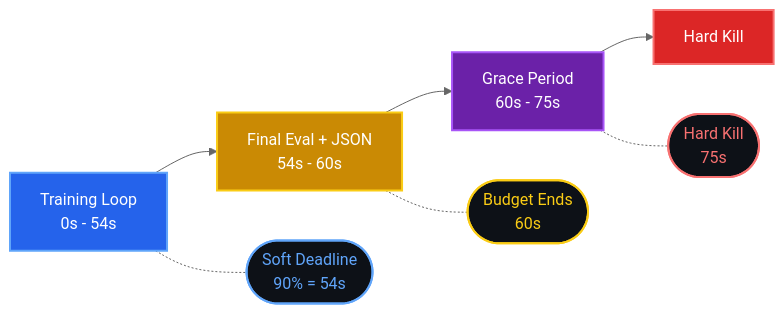
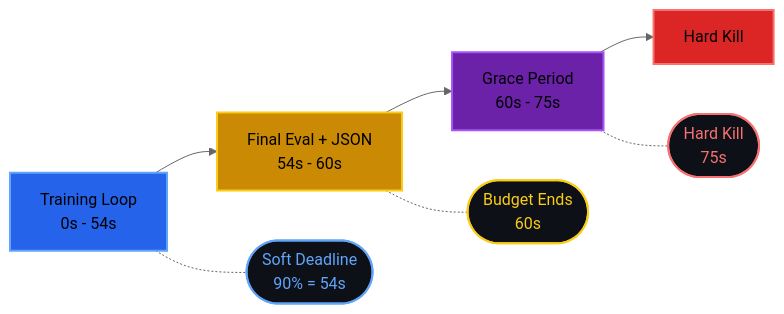
One commit to xeeva/XeeNet changed the first of 2 diagrams in docs/training-pipeline.md. Above: the diagram before and after it, drawn with Mermaid (neutral theme). The commit also changed other lines of this file and 4 other files, not shown here.

First line of the commit message:
Force black text in Mermaid nodes via theme config and inline styles

```diff
--- a/docs/training-pipeline.md
+++ b/docs/training-pipeline.md
@@ -169,22 +169,22 @@
   <div class="mermaid">
   flowchart LR
     T1["Training Loop<br/>0s - 54s"] --> T2["Final Eval + JSON<br/>54s - 60s"]
     T2 --> T3["Grace Period<br/>60s - 75s"]
     T3 --> KILL["Hard Kill"]
 
     M1(["Soft Deadline<br/>90% = 54s"])
     M2(["Budget Ends<br/>60s"])
     M3(["Hard Kill<br/>75s"])
 
     T1 -.- M1
     T2 -.- M2
     T3 -.- M3
 
-    style T1 fill:#2563eb,stroke:#60a5fa,stroke-width:2px,color:#fff
-    style T2 fill:#ca8a04,stroke:#facc15,stroke-width:2px,color:#fff
-    style T3 fill:#6b21a8,stroke:#a855f7,stroke-width:2px,color:#fff
-    style KILL fill:#dc2626,stroke:#f87171,stroke-width:2px,color:#fff
+    style T1 fill:#2563eb,stroke:#60a5fa,stroke-width:2px,color:#000
+    style T2 fill:#ca8a04,stroke:#facc15,stroke-width:2px,color:#000
+    style T3 fill:#6b21a8,stroke:#a855f7,stroke-width:2px,color:#000
+    style KILL fill:#dc2626,stroke:#f87171,stroke-width:2px,color:#000
     style M1 fill:#0d1117,stroke:#60a5fa,stroke-width:2px,color:#60a5fa
     style M2 fill:#0d1117,stroke:#facc15,stroke-width:2px,color:#facc15
     style M3 fill:#0d1117,stroke:#f87171,stroke-width:2px,color:#f87171
   </div>
```
